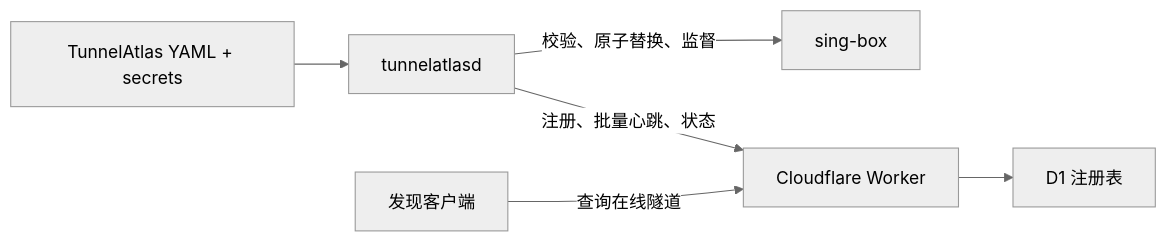
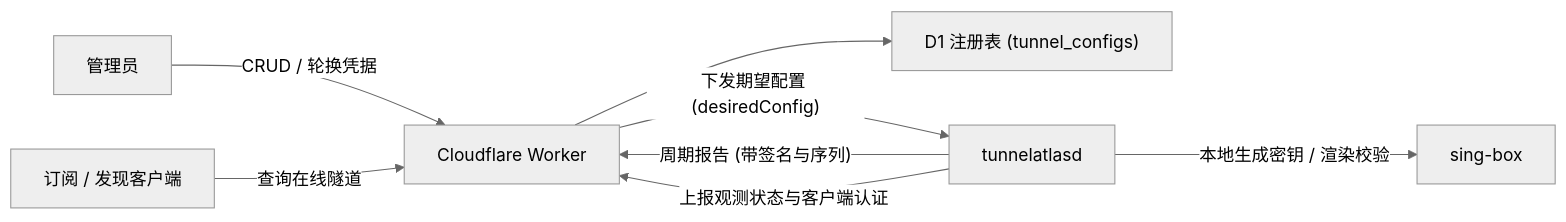
The diagram in docs/architecture.md (huochai67/tunnelatlas), drawn with Mermaid (neutral theme) before and after one commit. The commit also changed other lines of this file and 36 other files, not shown here.

Commit message:
feat: implement Worker-managed tunnel configurations and Agent convergence

````diff
--- a/docs/architecture.md
+++ b/docs/architecture.md
@@ -5,8 +5,10 @@
 ```mermaid
 flowchart LR
-  CFG["TunnelAtlas YAML + secrets"] --> AG["tunnelatlasd"]
-  AG -->|"校验、原子替换、监督"| ENG["sing-box"]
-  AG -->|"注册、批量心跳、状态"| WK["Cloudflare Worker"]
-  WK --> D1["D1 注册表"]
-  CL["发现客户端"] -->|"查询在线隧道"| WK
+  ADM["管理员"] -->|"CRUD / 轮换凭据"| WK["Cloudflare Worker"]
+  WK --> D1["D1 注册表 (tunnel_configs)"]
+  AG["tunnelatlasd"] -->|"周期报告 (带签名与序列)"| WK
+  WK -->|"下发期望配置 (desiredConfig)"| AG
+  AG -->|"本地生成密钥 / 渲染校验"| ENG["sing-box"]
+  AG -->|"上报观测状态与客户端认证"| WK
+  CL["订阅 / 发现客户端"] -->|"查询在线隧道"| WK
 ```
````
